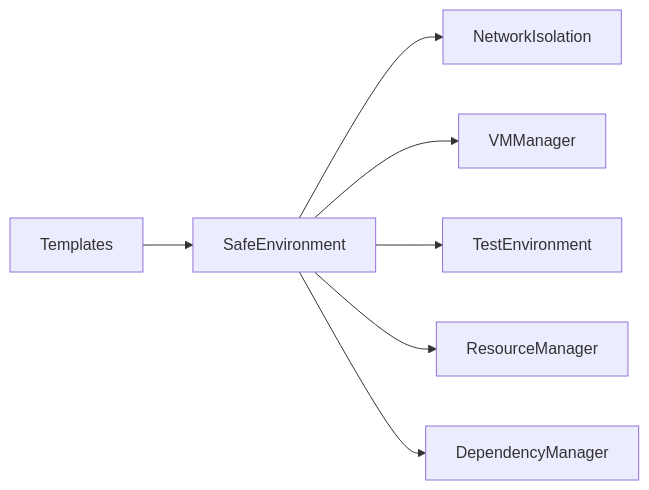
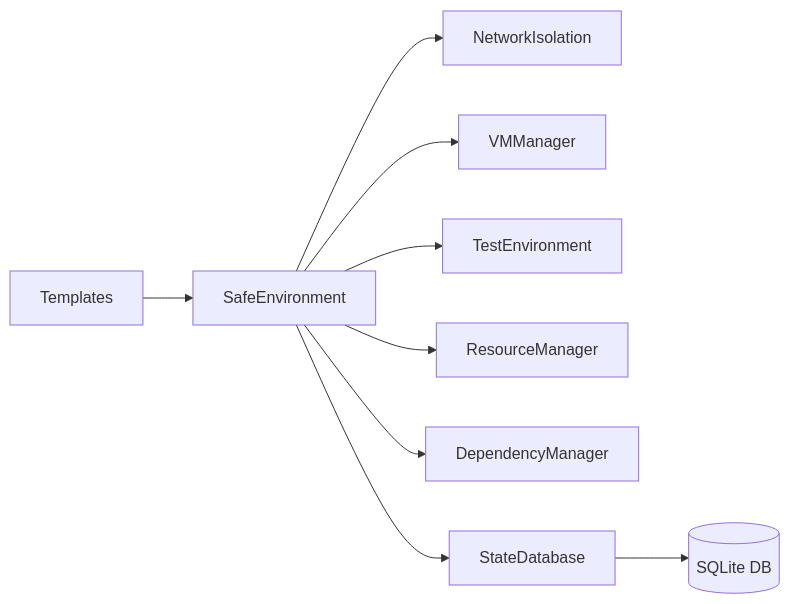
The second of 2 diagrams in README.md (GriffinCanCode/safespace), drawn with Mermaid before and after one commit. The commit also changed other lines of this file and 7 other files, not shown here.

````diff
--- a/README.md
+++ b/README.md
@@ -144,9 +170,11 @@
 ```mermaid
 graph LR
     A[SafeEnvironment] --> B[NetworkIsolation]
     A --> C[VMManager]
     A --> D[TestEnvironment]
     A --> E[ResourceManager]
     A --> F[DependencyManager]
+    A --> H[StateDatabase]
     G[Templates] --> A
+    H --> I[(SQLite DB)]
 ```
````
